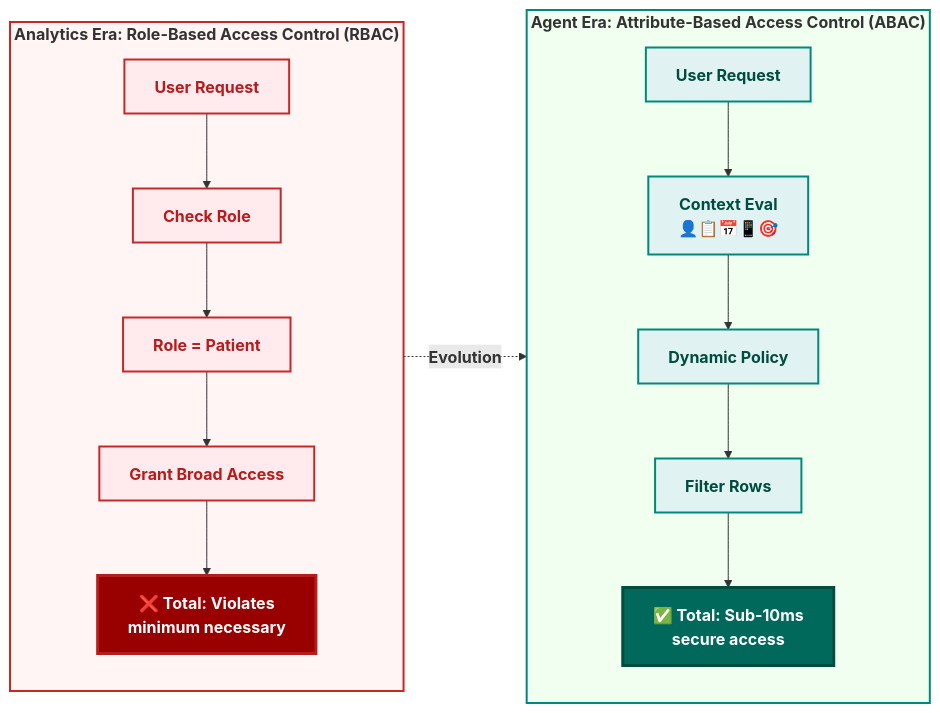
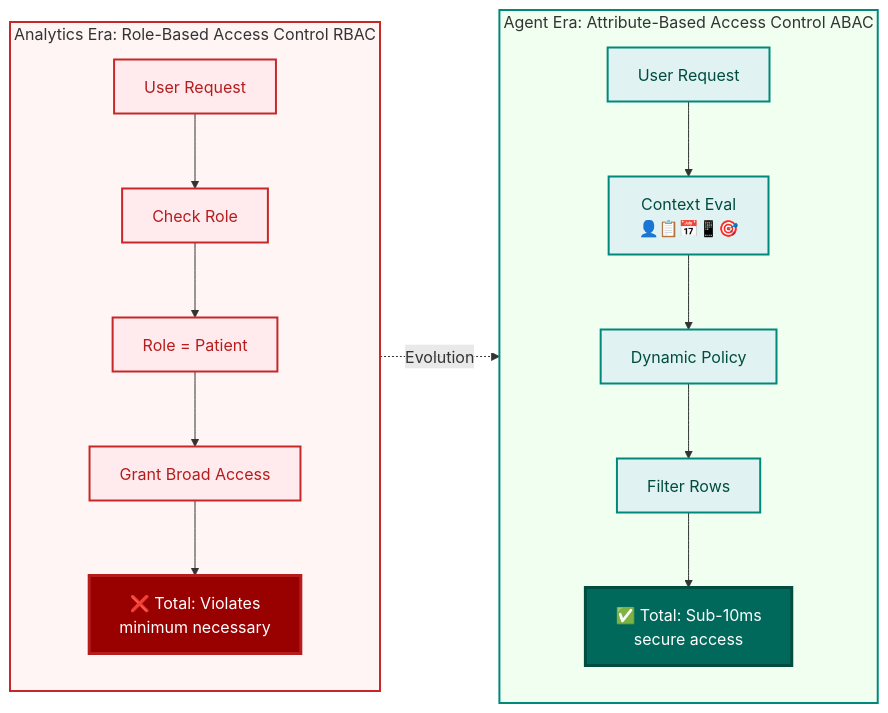
Before and after one commit to colaberry/enterprise-data-readiness-ai-agents: the third of 11 diagrams in chapter-02/chapter_2_complete.md, drawn with Mermaid. The commit also changed other lines of this file and 1 other file, not shown here.

First line of the commit message:
sequence diagrams updated with font fixes

````diff
--- a/chapter-02/chapter_2_complete.md
+++ b/chapter-02/chapter_2_complete.md
@@ -244,45 +260,48 @@
 ```mermaid
 graph LR
-    subgraph OLD["<b>Analytics Era: Role-Based Access Control (RBAC)</b>"]
-        R1["<b>User Request</b>"]
-        R2["<b>Check Role</b>"]
-        R3["<b>Role = Patient</b>"]
-        R4["<b>Grant Broad Access</b>"]
-        R5["<b>❌ Total: Violates</b><br/><b>minimum necessary</b>"]
+    subgraph OLD["Analytics Era: Role-Based Access Control RBAC"]
+        R1["User Request"]
+        R2["Check Role"]
+        R3["Role = Patient"]
+        R4["Grant Broad Access"]
+        R5["❌ Total: Violates
+        minimum necessary"]
         
         R1 --> R2
         R2 --> R3
         R3 --> R4
         R4 --> R5
     end
     
-    OLD -.->|<b>Evolution</b>| NEW
+    OLD -.->|Evolution| NEW
     
-    subgraph NEW["<b>Agent Era: Attribute-Based Access Control (ABAC)</b>"]
-        A1["<b>User Request</b>"]
-        A2["<b>Context Eval</b><br/><b>👤📋📅📱🎯</b>"]
-        A3["<b>Dynamic Policy</b>"]
-        A4["<b>Filter Rows</b>"]
-        A5["<b>✅ Total: Sub-10ms</b><br/><b>secure access</b>"]
+    subgraph NEW["Agent Era: Attribute-Based Access Control ABAC"]
+        A1["User Request"]
+        A2["Context Eval
+        👤📋📅📱🎯"]
+        A3["Dynamic Policy"]
+        A4["Filter Rows"]
+        A5["✅ Total: Sub-10ms
+        secure access"]
         
         A1 --> A2
         A2 --> A3
         A3 --> A4
         A4 --> A5
     end
     
     style R1 fill:#ffebee,stroke:#c62828,stroke-width:2px,color:#b71c1c
     style R2 fill:#ffebee,stroke:#c62828,stroke-width:2px,color:#b71c1c
     style R3 fill:#ffebee,stroke:#c62828,stroke-width:2px,color:#b71c1c
     style R4 fill:#ffebee,stroke:#c62828,stroke-width:2px,color:#b71c1c
     style R5 fill:#990000,color:#ffffff,stroke:#b71c1c,stroke-width:3px
     
     style A1 fill:#e0f2f1,stroke:#00897b,stroke-width:2px,color:#004d40
     style A2 fill:#e0f2f1,stroke:#00897b,stroke-width:2px,color:#004d40
     style A3 fill:#e0f2f1,stroke:#00897b,stroke-width:2px,color:#004d40
     style A4 fill:#e0f2f1,stroke:#00897b,stroke-width:2px,color:#004d40
     style A5 fill:#00695c,color:#ffffff,stroke:#004d40,stroke-width:3px
     
     style OLD fill:#fff5f5,stroke:#c62828,stroke-width:2px
     style NEW fill:#f0fff0,stroke:#00897b,stroke-width:2px
 ```
````
